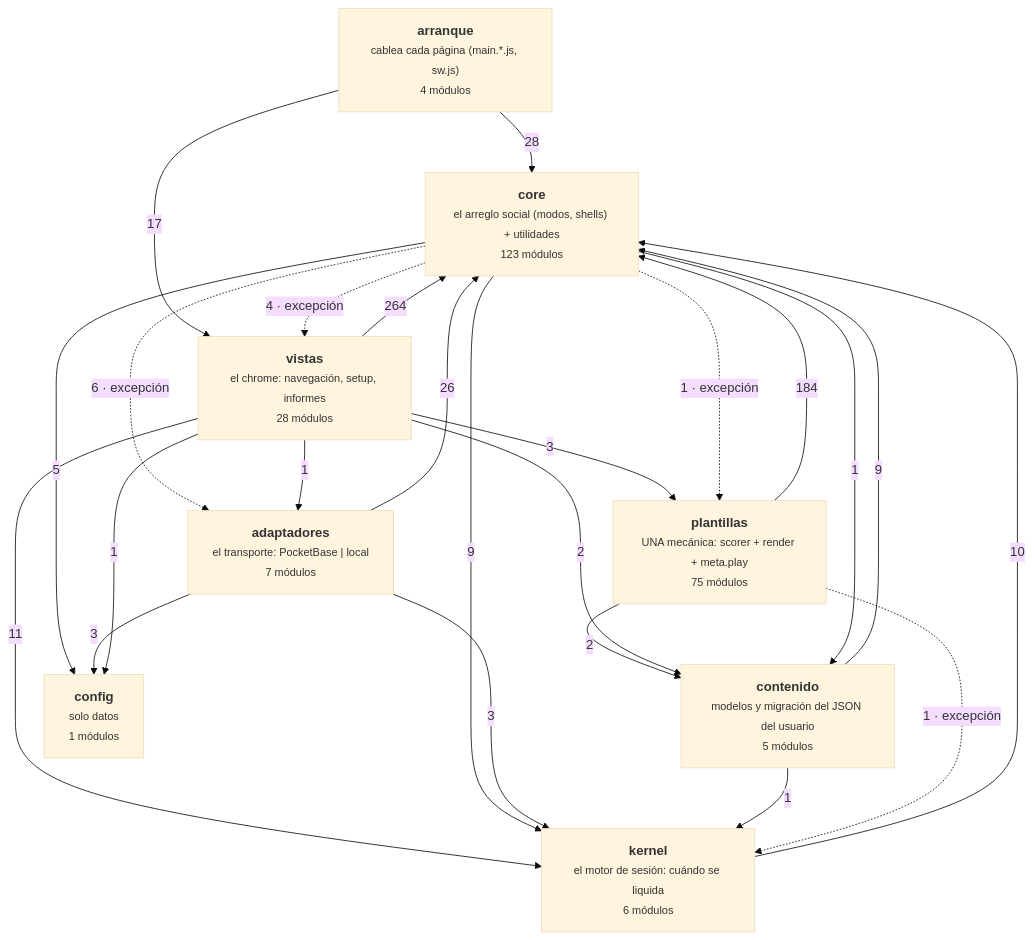
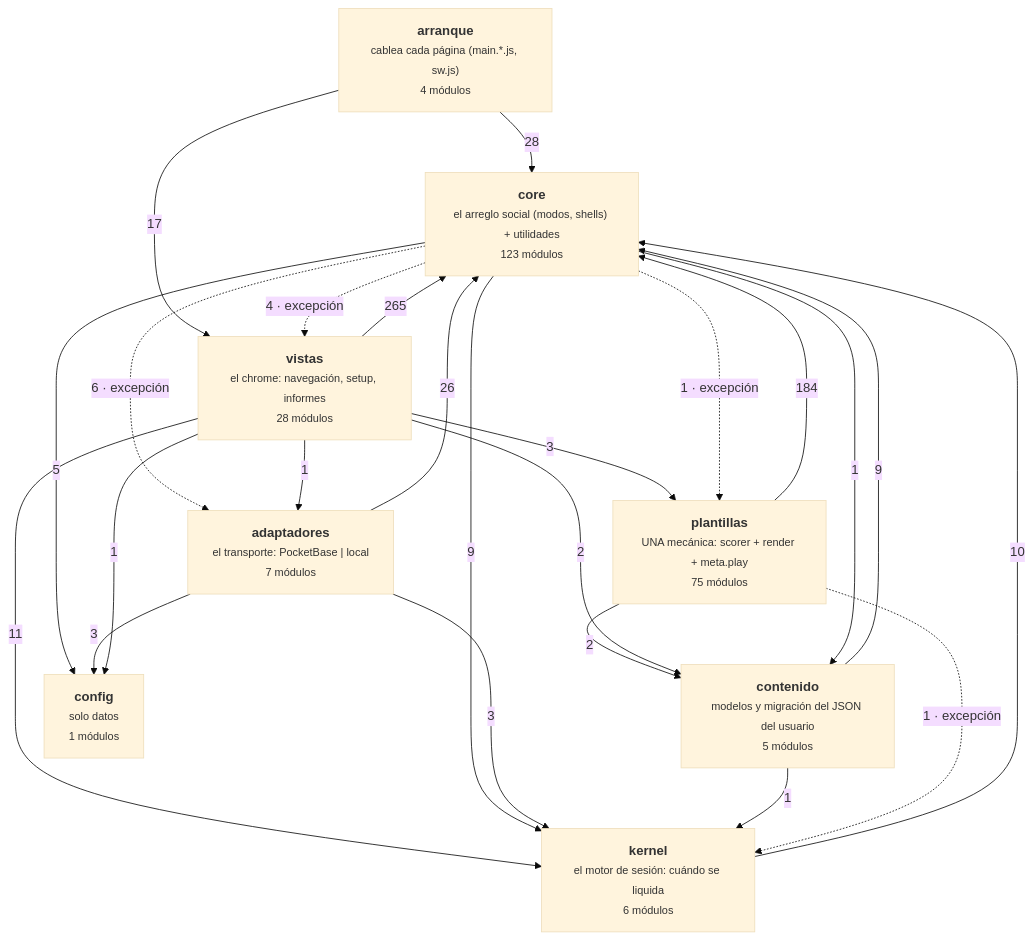
Before and after one commit to duecaz/ac: the diagram in docs/arquitectura-modulos.md, drawn with Mermaid (base theme). The commit also changed other lines of this file and 5 other files, not shown here.

````diff
--- a/docs/arquitectura-modulos.md
+++ b/docs/arquitectura-modulos.md
@@ -56,34 +56,34 @@
 ```mermaid
 graph TD
   A["<b>arranque</b><br/><small>cablea cada página (main.*.js, sw.js)</small><br/><small>4 módulos</small>"]
   V["<b>vistas</b><br/><small>el chrome: navegación, setup, informes</small><br/><small>28 módulos</small>"]
   AD["<b>adaptadores</b><br/><small>el transporte: PocketBase | local</small><br/><small>7 módulos</small>"]
   C["<b>core</b><br/><small>el arreglo social (modos, shells) + utilidades</small><br/><small>123 módulos</small>"]
   K["<b>kernel</b><br/><small>el motor de sesión: cuándo se liquida</small><br/><small>6 módulos</small>"]
   T["<b>plantillas</b><br/><small>UNA mecánica: scorer + render + meta.play</small><br/><small>75 módulos</small>"]
   CO["<b>contenido</b><br/><small>modelos y migración del JSON del usuario</small><br/><small>5 módulos</small>"]
   CF["<b>config</b><br/><small>solo datos</small><br/><small>1 módulos</small>"]
-  V -->|264| C
+  V -->|265| C
   T -->|184| C
   A -->|28| C
   AD -->|26| C
   A -->|17| V
   V -->|11| K
   K -->|10| C
   C -->|9| K
   CO -->|9| C
   C -.->|6 · excepción| AD
   C -->|5| CF
   C -.->|4 · excepción| V
   AD -->|3| CF
   AD -->|3| K
   V -->|3| T
   T -->|2| CO
   V -->|2| CO
   C -.->|1 · excepción| T
   C -->|1| CO
   CO -->|1| K
   T -.->|1 · excepción| K
   V -->|1| AD
   V -->|1| CF
 ```
````
